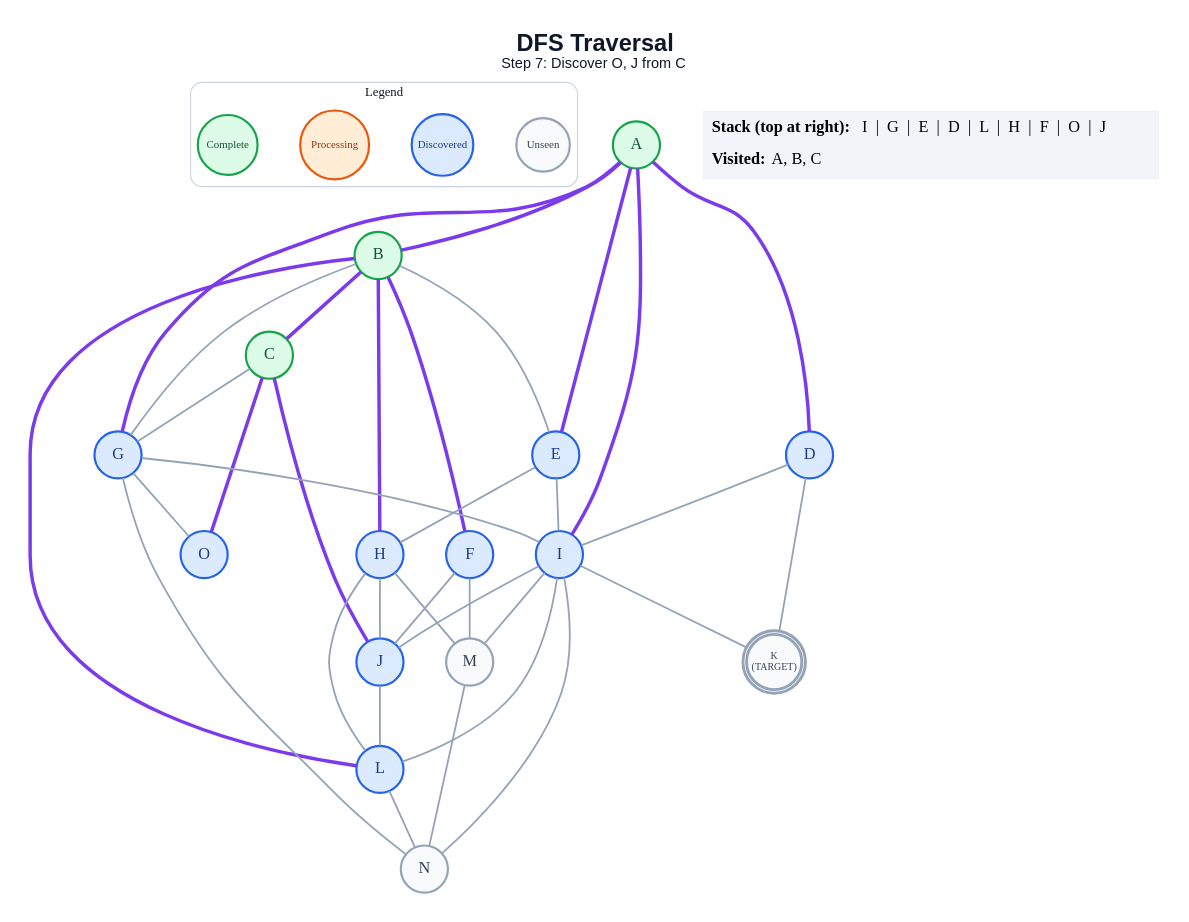
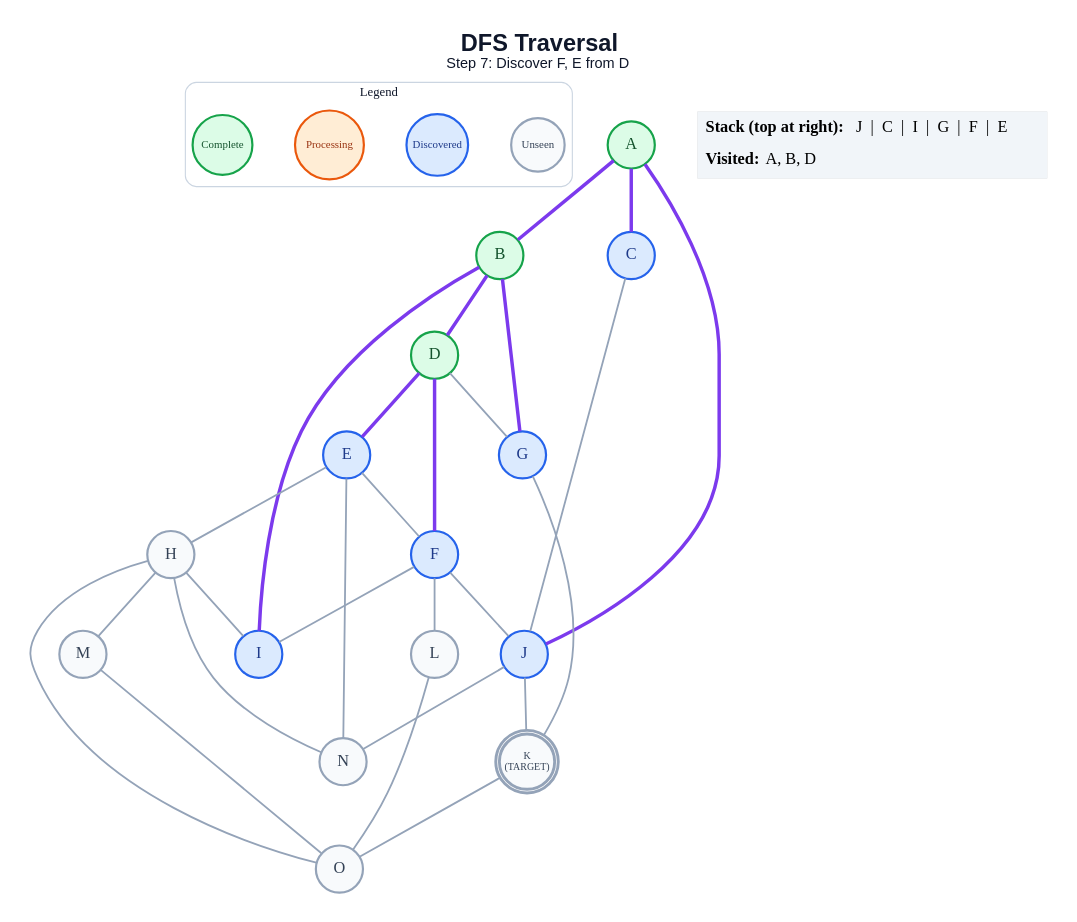
Before and after one commit to anon7238593-create/ai-slop: the diagram in generated/short-circuit/dfs/step_07.dot, drawn with Graphviz. The commit also changed 283 other files, not shown here.

```diff
--- a/generated/short-circuit/dfs/step_07.dot
+++ b/generated/short-circuit/dfs/step_07.dot
@@ -1,68 +1,60 @@
 graph traversal {
   graph [layout=dot, rankdir=TB, bgcolor="#FFFFFF", pad="0.35", nodesep="0.65", ranksep="0.8", fontname="Arial"];
   node [shape=circle, style="filled", fontname="Arial Bold", fontsize=18, width=0.72, fixedsize=true, penwidth=2.4];
   edge [color="#94A3B8", penwidth=2.0];
-  label=<<B>DFS Traversal</B><BR/><FONT POINT-SIZE="16">Step 7: Discover O, J from C</FONT>>; labelloc="t"; fontsize=26; fontname="Arial"; fontcolor="#0F172A";
+  label=<<B>DFS Traversal</B><BR/><FONT POINT-SIZE="16">Step 7: Discover F, E from D</FONT>>; labelloc="t"; fontsize=26; fontname="Arial"; fontcolor="#0F172A";
   subgraph cluster_legend { label="Legend"; color="#CBD5E1"; penwidth=1.2; style="rounded"; fontsize=14; fontname="Arial Bold";
     key_unseen [label="Unseen", fillcolor="#F8FAFC", color="#94A3B8", fontcolor="#334155", fontsize=12, width=0.82];
     key_frontier [label="Discovered", fillcolor="#DBEAFE", color="#2563EB", fontcolor="#1E3A8A", fontsize=12, width=0.95];
     key_current [label="Processing", fillcolor="#FFEDD5", color="#EA580C", fontcolor="#9A3412", fontsize=12, width=1.05];
     key_done [label="Complete", fillcolor="#DCFCE7", color="#16A34A", fontcolor="#14532D", fontsize=12, width=0.92];
     { rank=same; key_unseen; key_frontier; key_current; key_done; }
   }
   A [label="A", fillcolor="#DCFCE7", color="#16A34A", fontcolor="#14532D", peripheries=1, penwidth=2.4];
   B [label="B", fillcolor="#DCFCE7", color="#16A34A", fontcolor="#14532D", peripheries=1, penwidth=2.4];
-  C [label="C", fillcolor="#DCFCE7", color="#16A34A", fontcolor="#14532D", peripheries=1, penwidth=2.4];
-  D [label="D", fillcolor="#DBEAFE", color="#2563EB", fontcolor="#1E3A8A", peripheries=1, penwidth=2.4];
+  C [label="C", fillcolor="#DBEAFE", color="#2563EB", fontcolor="#1E3A8A", peripheries=1, penwidth=2.4];
+  D [label="D", fillcolor="#DCFCE7", color="#16A34A", fontcolor="#14532D", peripheries=1, penwidth=2.4];
   E [label="E", fillcolor="#DBEAFE", color="#2563EB", fontcolor="#1E3A8A", peripheries=1, penwidth=2.4];
   F [label="F", fillcolor="#DBEAFE", color="#2563EB", fontcolor="#1E3A8A", peripheries=1, penwidth=2.4];
   G [label="G", fillcolor="#DBEAFE", color="#2563EB", fontcolor="#1E3A8A", peripheries=1, penwidth=2.4];
-  H [label="H", fillcolor="#DBEAFE", color="#2563EB", fontcolor="#1E3A8A", peripheries=1, penwidth=2.4];
+  H [label="H", fillcolor="#F8FAFC", color="#94A3B8", fontcolor="#334155", peripheries=1, penwidth=2.4];
   I [label="I", fillcolor="#DBEAFE", color="#2563EB", fontcolor="#1E3A8A", peripheries=1, penwidth=2.4];
   J [label="J", fillcolor="#DBEAFE", color="#2563EB", fontcolor="#1E3A8A", peripheries=1, penwidth=2.4];
   K [label="K\n(TARGET)", fillcolor="#F8FAFC", color="#94A3B8", fontcolor="#334155", peripheries=2, penwidth=3.2, fontsize=11, width=0.85, height=0.85];
-  L [label="L", fillcolor="#DBEAFE", color="#2563EB", fontcolor="#1E3A8A", peripheries=1, penwidth=2.4];
+  L [label="L", fillcolor="#F8FAFC", color="#94A3B8", fontcolor="#334155", peripheries=1, penwidth=2.4];
   M [label="M", fillcolor="#F8FAFC", color="#94A3B8", fontcolor="#334155", peripheries=1, penwidth=2.4];
   N [label="N", fillcolor="#F8FAFC", color="#94A3B8", fontcolor="#334155", peripheries=1, penwidth=2.4];
-  O [label="O", fillcolor="#DBEAFE", color="#2563EB", fontcolor="#1E3A8A", peripheries=1, penwidth=2.4];
+  O [label="O", fillcolor="#F8FAFC", color="#94A3B8", fontcolor="#334155", peripheries=1, penwidth=2.4];
   A -- B [color="#7C3AED", penwidth=3.8];
-  A -- D [color="#7C3AED", penwidth=3.8];
-  A -- E [color="#7C3AED", penwidth=3.8];
-  A -- G [color="#7C3AED", penwidth=3.8];
-  A -- I [color="#7C3AED", penwidth=3.8];
-  B -- C [color="#7C3AED", penwidth=3.8];
-  B -- E;
-  B -- F [color="#7C3AED", penwidth=3.8];
-  B -- G;
-  B -- H [color="#7C3AED", penwidth=3.8];
-  B -- L [color="#7C3AED", penwidth=3.8];
-  C -- G;
-  C -- J [color="#7C3AED", penwidth=3.8];
-  C -- O [color="#7C3AED", penwidth=3.8];
-  D -- I;
-  D -- K;
+  A -- C [color="#7C3AED", penwidth=3.8];
+  A -- J [color="#7C3AED", penwidth=3.8];
+  B -- D [color="#7C3AED", penwidth=3.8];
+  B -- G [color="#7C3AED", penwidth=3.8];
+  B -- I [color="#7C3AED", penwidth=3.8];
+  C -- J;
+  D -- E [color="#7C3AED", penwidth=3.8];
+  D -- F [color="#7C3AED", penwidth=3.8];
+  D -- G;
+  E -- F;
   E -- H;
-  E -- I;
+  E -- N;
+  F -- I;
   F -- J;
-  F -- M;
-  G -- I;
-  G -- N;
-  G -- O;
-  H -- J;
-  H -- L;
+  F -- L;
+  G -- K;
+  H -- I;
   H -- M;
-  I -- J;
-  I -- K;
-  I -- L;
-  I -- M;
-  I -- N;
-  J -- L;
-  L -- N;
-  M -- N;
+  H -- N;
+  H -- O;
+  J -- K;
+  J -- N;
+  K -- O;
+  L -- O;
+  M -- O;
   status [shape=plain, fixedsize=false, width=0, height=0, margin=0, label=<
     <TABLE BORDER="0" CELLBORDER="0" CELLPADDING="7" BGCOLOR="#F1F5F9">
-      <TR><TD ALIGN="LEFT"><B>Stack (top at right):</B> I  |  G  |  E  |  D  |  L  |  H  |  F  |  O  |  J</TD></TR>
-      <TR><TD ALIGN="LEFT"><B>Visited:</B> A, B, C</TD></TR>
+      <TR><TD ALIGN="LEFT"><B>Stack (top at right):</B> J  |  C  |  I  |  G  |  F  |  E</TD></TR>
+      <TR><TD ALIGN="LEFT"><B>Visited:</B> A, B, D</TD></TR>
     </TABLE>
   >];
 }
```
